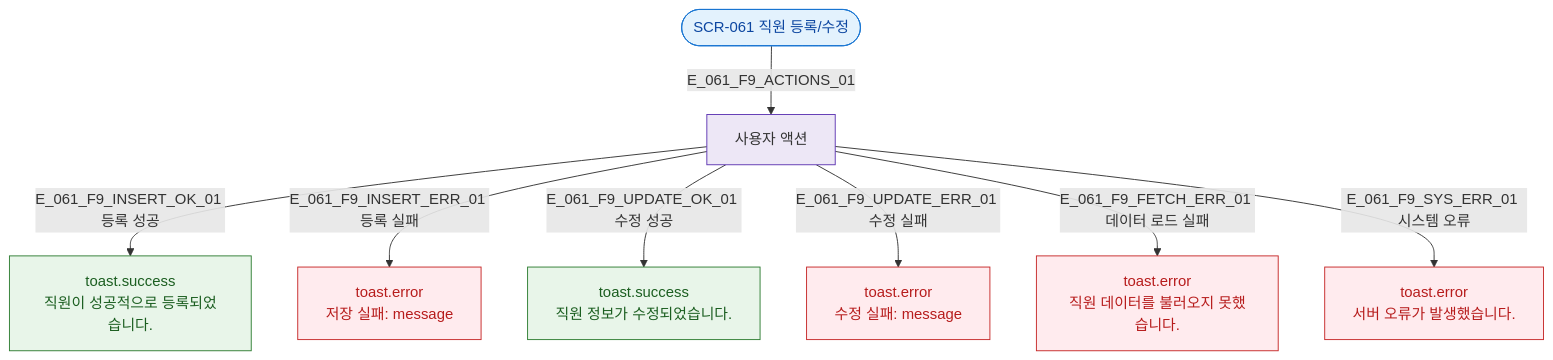
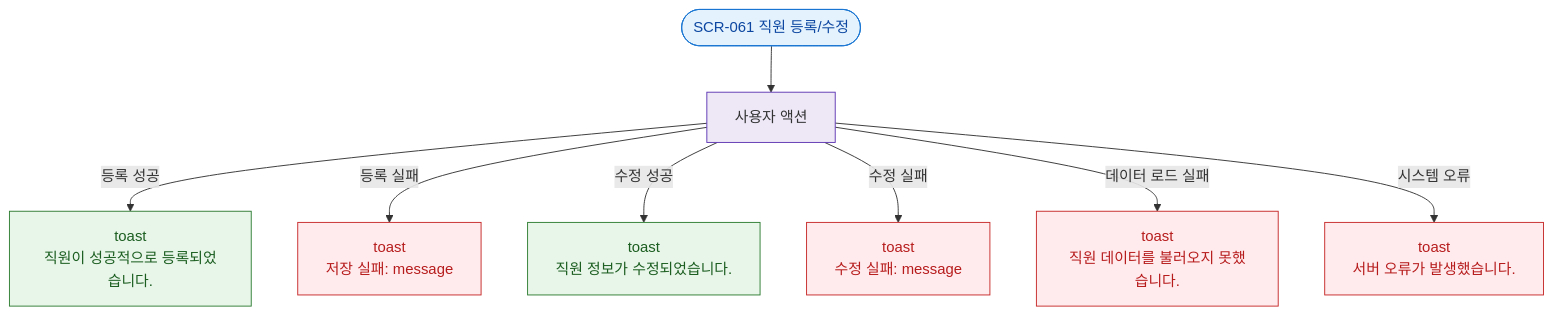
Before and after one commit to dev-spogym/admin-pando: the diagram in docs/다이어그램/D07_직원관리/SCR-061_직원등록수정/F9_토스트피드백.md, drawn with Mermaid. The commit also changed other lines of this file and 1660 other files, not shown here.

First line of the commit message:
다이어그램: 기획자/클라이언트 납품본으로 정리

````diff
--- a/docs/다이어그램/D07_직원관리/SCR-061_직원등록수정/F9_토스트피드백.md
+++ b/docs/다이어그램/D07_직원관리/SCR-061_직원등록수정/F9_토스트피드백.md
@@ -18,25 +16,25 @@
 ```mermaid
 flowchart TD
   SCR_061([SCR-061 직원 등록/수정])
 
-  SCR_061 -->|E_061_F9_ACTIONS_01| ACTIONS[사용자 액션]
+  SCR_061 --> ACTIONS[사용자 액션]
 
-  ACTIONS -->|E_061_F9_INSERT_OK_01 등록 성공| T_INSERT_OK[toast.success\n직원이 성공적으로 등록되었습니다.]
-  ACTIONS -->|E_061_F9_INSERT_ERR_01 등록 실패| T_INSERT_ERR[toast.error\n저장 실패: message]
+  ACTIONS -->|등록 성공|T_INSERT_OK[toast\n직원이 성공적으로 등록되었습니다.]
+  ACTIONS -->|등록 실패|T_INSERT_ERR[toast\n저장 실패: message]
 
-  ACTIONS -->|E_061_F9_UPDATE_OK_01 수정 성공| T_UPDATE_OK[toast.success\n직원 정보가 수정되었습니다.]
-  ACTIONS -->|E_061_F9_UPDATE_ERR_01 수정 실패| T_UPDATE_ERR[toast.error\n수정 실패: message]
+  ACTIONS -->|수정 성공|T_UPDATE_OK[toast\n직원 정보가 수정되었습니다.]
+  ACTIONS -->|수정 실패|T_UPDATE_ERR[toast\n수정 실패: message]
 
-  ACTIONS -->|E_061_F9_FETCH_ERR_01 데이터 로드 실패| T_FETCH_ERR[toast.error\n직원 데이터를 불러오지 못했습니다.]
-  ACTIONS -->|E_061_F9_SYS_ERR_01 시스템 오류| T_SYS_ERR[toast.error\n서버 오류가 발생했습니다.]
+  ACTIONS -->|데이터 로드 실패|T_FETCH_ERR[toast\n직원 데이터를 불러오지 못했습니다.]
+  ACTIONS -->|시스템 오류|T_SYS_ERR[toast\n서버 오류가 발생했습니다.]
 
-  classDef screen  fill:#E3F2FD,stroke:#1976D2,color:#0D47A1
+  classDef screen fill:#E3F2FD,stroke:#1976D2,color:#0D47A1
   classDef success fill:#E8F5E9,stroke:#2E7D32,color:#1B5E20
-  classDef error   fill:#FFEBEE,stroke:#C62828,color:#B71C1C
-  classDef system  fill:#EDE7F6,stroke:#5E35B2
+  classDef error fill:#FFEBEE,stroke:#C62828,color:#B71C1C
+  classDef system fill:#EDE7F6,stroke:#5E35B2
 
   class SCR_061 screen
   class ACTIONS system
   class T_INSERT_OK,T_UPDATE_OK success
   class T_INSERT_ERR,T_UPDATE_ERR,T_FETCH_ERR,T_SYS_ERR error
 ```
````
